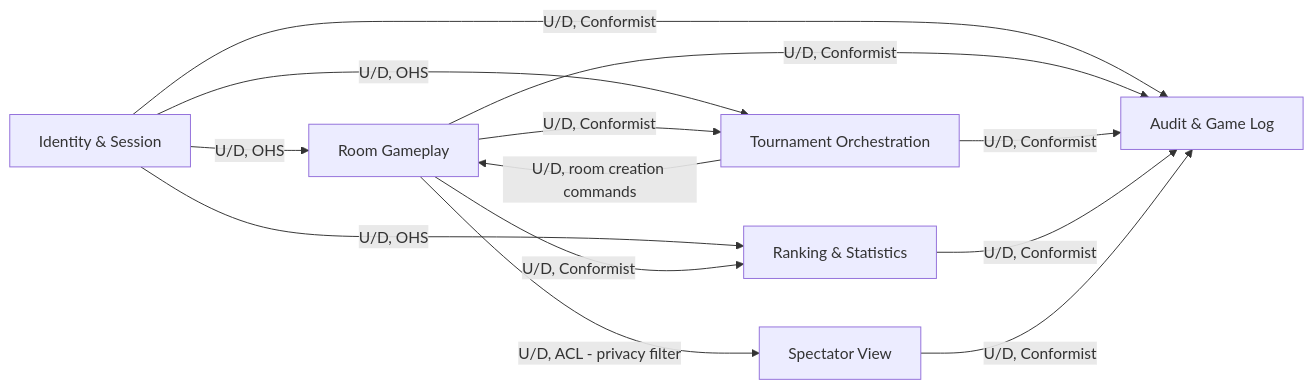
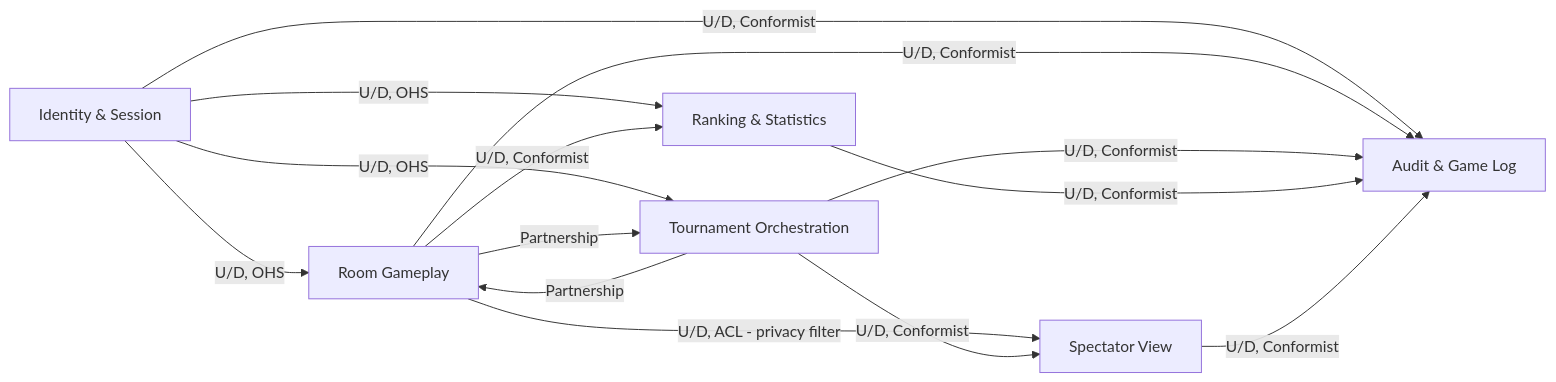
Before and after one commit to berni-245/UnoArena: the diagram in spec/diagrams/context-map.md, drawn with Mermaid. The commit also changed 11 other files, not shown here.

````diff
--- a/spec/diagrams/context-map.md
+++ b/spec/diagrams/context-map.md
@@ -3,26 +3,27 @@
 ```mermaid
 graph LR
     ID["Identity & Session"]
     RG["Room Gameplay"]
     TO["Tournament Orchestration"]
     RS["Ranking & Statistics"]
     SV["Spectator View"]
     AL["Audit & Game Log"]
 
     ID -->|"U/D, OHS"| RG
     ID -->|"U/D, OHS"| TO
     ID -->|"U/D, OHS"| RS
     ID -->|"U/D, Conformist"| AL
 
-    RG -->|"U/D, Conformist"| TO
+    RG -->|"Partnership"| TO
     RG -->|"U/D, Conformist"| RS
     RG -->|"U/D, ACL - privacy filter"| SV
     RG -->|"U/D, Conformist"| AL
 
-    TO -->|"U/D, room creation commands"| RG
+    TO -->|"Partnership"| RG
+    TO -->|"U/D, Conformist"| SV
     TO -->|"U/D, Conformist"| AL
 
     RS -->|"U/D, Conformist"| AL
 
     SV -->|"U/D, Conformist"| AL
 ```
````
